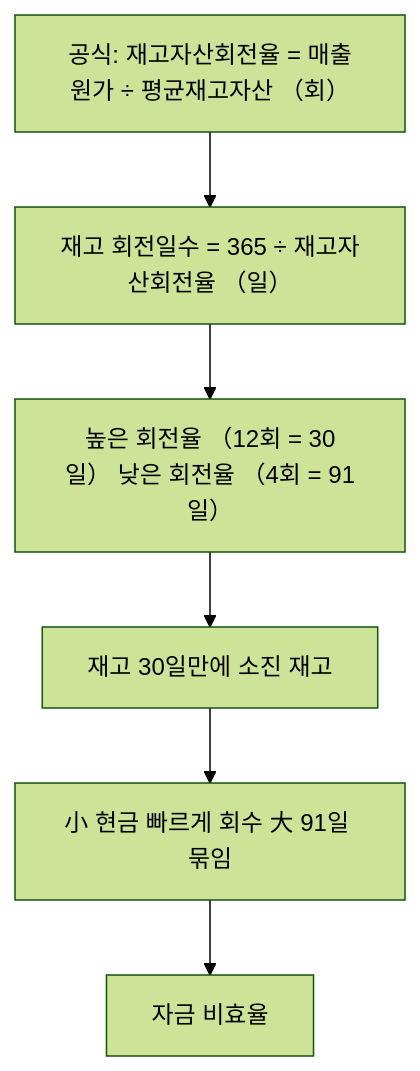
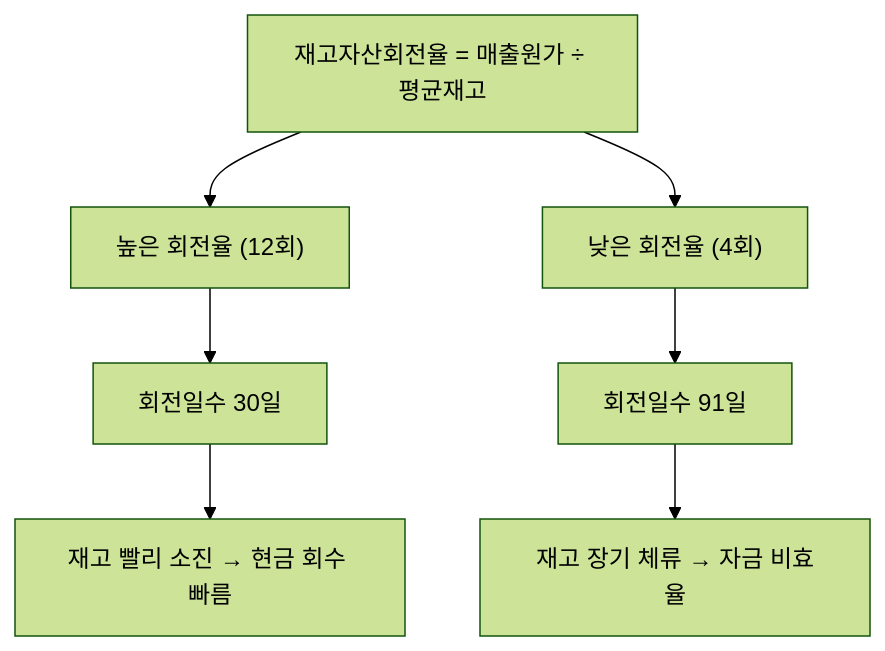
Before and after one commit to yeongseon/stock-visual-note: the diagram in content/stock-terms/ko/level-04-ratios/inventory-turnover.md, drawn with Mermaid (forest theme). The commit also changed other lines of this file and 96 other files, not shown here.

Commit message:
Rewrite all 98 remaining articles: branching Mermaid diagrams, natural search_intent, compelling seo_titles, clean descriptions

````diff
--- a/content/stock-terms/ko/level-04-ratios/inventory-turnover.md
+++ b/content/stock-terms/ko/level-04-ratios/inventory-turnover.md
@@ -39,14 +39,10 @@
 ```mermaid
 graph TD
-    N0["공식: 재고자산회전율 = 매출원가 ÷ 평균재고자산 （회）"]
-    N1["재고 회전일수 = 365 ÷ 재고자산회전율 （일）"]
-    N2["높은 회전율 （12회 = 30일） 낮은 회전율 （4회 = 91일）"]
-    N3["재고 30일만에 소진 재고"]
-    N4["小 현금 빠르게 회수 大 91일 묶임"]
-    N5["자금 비효율"]
-    N0 --> N1
-    N1 --> N2
-    N2 --> N3
-    N3 --> N4
-    N4 --> N5
+    A["재고자산회전율 = 매출원가 ÷ 평균재고"]
+    A --> B["높은 회전율 (12회)"]
+    A --> C["낮은 회전율 (4회)"]
+    B --> D["회전일수 30일"]
+    C --> E["회전일수 91일"]
+    D --> F["재고 빨리 소진 → 현금 회수 빠름"]
+    E --> G["재고 장기 체류 → 자금 비효율"]
 ```
````
